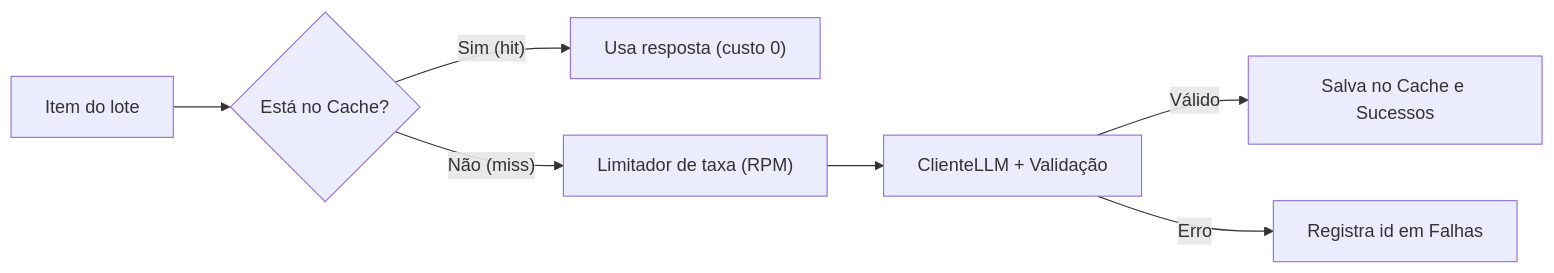
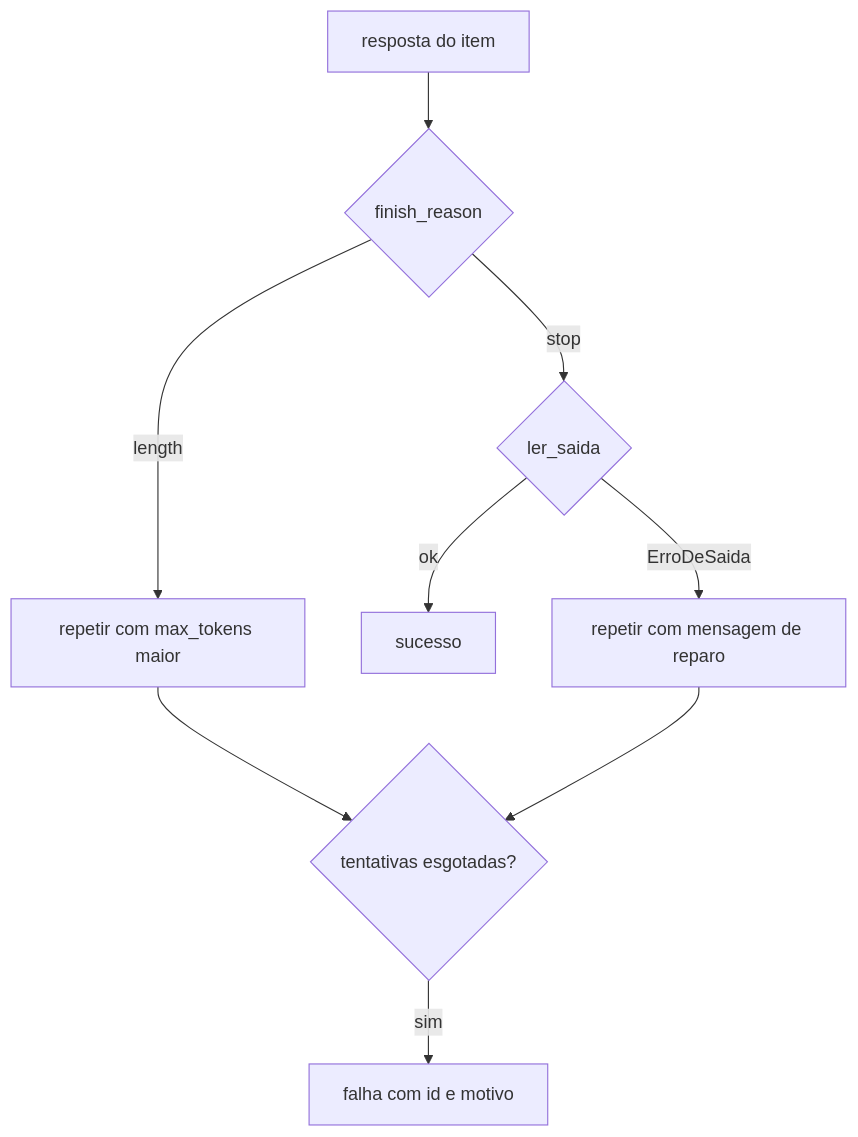
The diagram in content/cursos/n7-engenharia-de-ia/02-prompting/04-saida-estruturada-em-escala.lvl.md (Lip3Bazinga/v0-level-usp-project), drawn with Mermaid before and after one commit. The commit also changed other lines of this file and 20 other files, not shown here.

````diff
--- a/content/cursos/n7-engenharia-de-ia/02-prompting/04-saida-estruturada-em-escala.lvl.md
+++ b/content/cursos/n7-engenharia-de-ia/02-prompting/04-saida-estruturada-em-escala.lvl.md
@@ -28,9 +28,11 @@
 ```mermaid
-flowchart LR
-    A["Item do lote"] --> B{"Está no Cache?"}
-    B -- "Sim (hit)" --> C["Usa resposta (custo 0)"]
-    B -- "Não (miss)" --> D["Limitador de taxa (RPM)"]
-    D --> E["ClienteLLM + Validação"]
-    E -- "Válido" --> F["Salva no Cache e Sucessos"]
-    E -- "Erro" --> G["Registra id em Falhas"]
+flowchart TD
+    A["resposta do item"] --> B{"finish_reason"}
+    B -->|length| C["repetir com max_tokens maior"]
+    B -->|stop| D{"ler_saida"}
+    D -->|ok| E["sucesso"]
+    D -->|ErroDeSaida| F["repetir com mensagem de reparo"]
+    C --> G{"tentativas esgotadas?"}
+    F --> G
+    G -->|sim| H["falha com id e motivo"]
 ```
````
